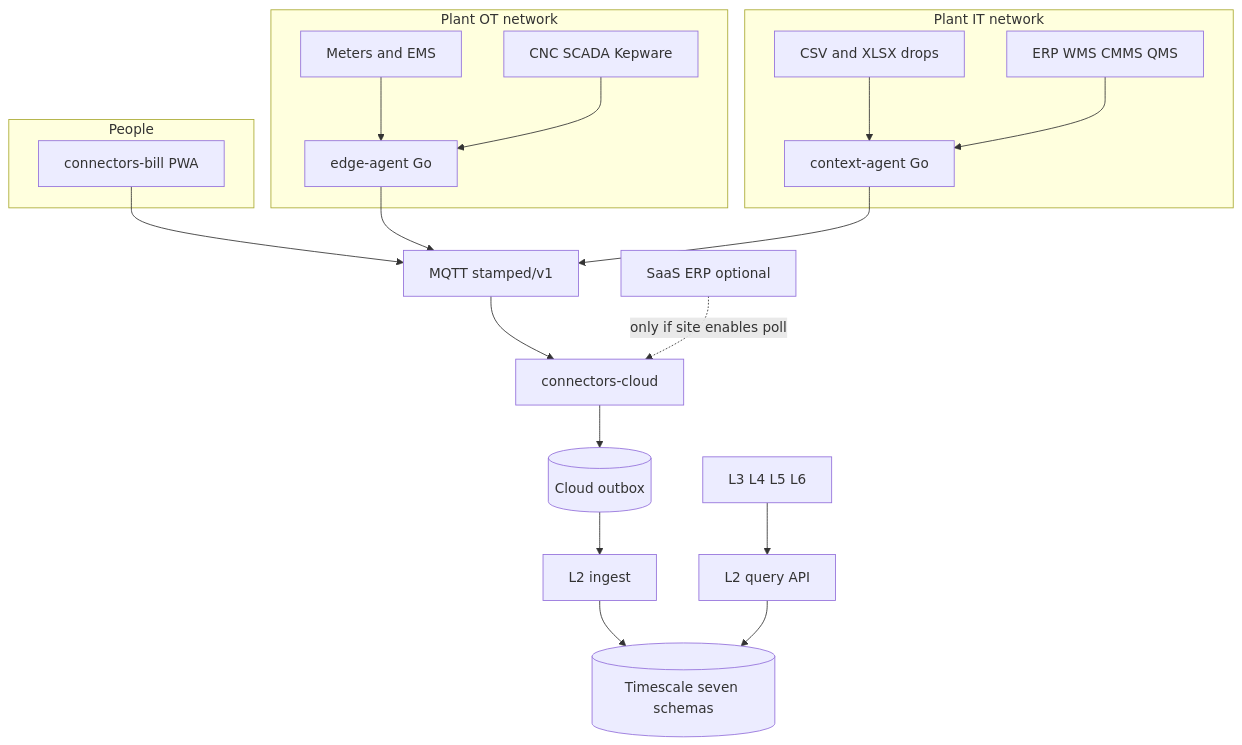
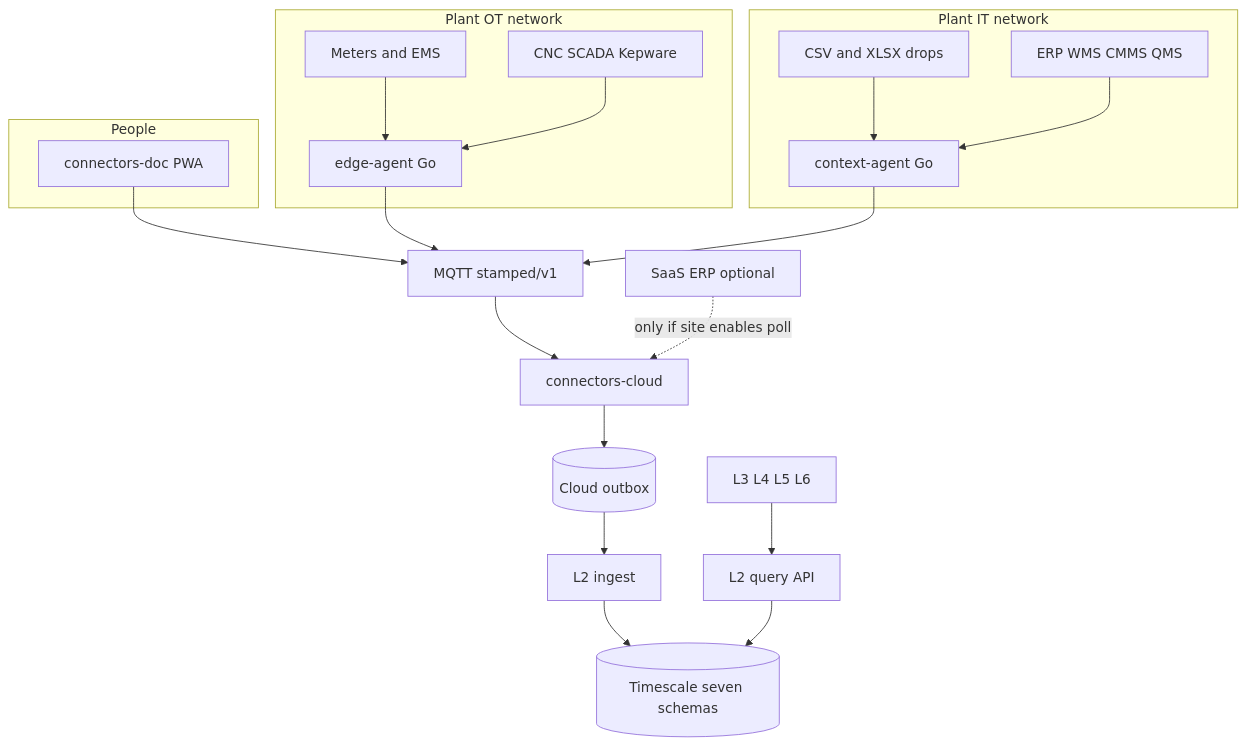
One commit to Stamped-Energy/stamped-external changed the diagram in technical/L1-L2-DATA-PLANE.md. Above: the diagram before and after it, drawn with Mermaid. The commit also changed other lines of this file and 36 other files, not shown here.

Commit message:
docs(l1): connectors-doc across architecture and handoff

````diff
--- a/technical/L1-L2-DATA-PLANE.md
+++ b/technical/L1-L2-DATA-PLANE.md
@@ -22,38 +22,38 @@
 ```mermaid
 flowchart TB
   subgraph otNet [Plant OT network]
     meters[Meters and EMS]
     cnc[CNC SCADA Kepware]
     edge[edge-agent Go]
   end
   subgraph itNet [Plant IT network]
     files[CSV and XLSX drops]
     erp[ERP WMS CMMS QMS]
     ctx[context-agent Go]
   end
   subgraph people [People]
-    pwa[connectors-bill PWA]
+    pwa[connectors-doc PWA]
   end
   mqtt[MQTT stamped/v1]
   saas[SaaS ERP optional]
   cloud[connectors-cloud]
   outbox[(Cloud outbox)]
   l2ing[L2 ingest]
   ts[(Timescale seven schemas)]
   query[L2 query API]
   later[L3 L4 L5 L6]
   meters --> edge
   cnc --> edge
   files --> ctx
   erp --> ctx
   pwa --> mqtt
   edge --> mqtt
   ctx --> mqtt
   mqtt --> cloud
   saas -.->|only if site enables poll| cloud
   cloud --> outbox
   outbox --> l2ing
   l2ing --> ts
   query --> ts
   later --> query
 ```
````
